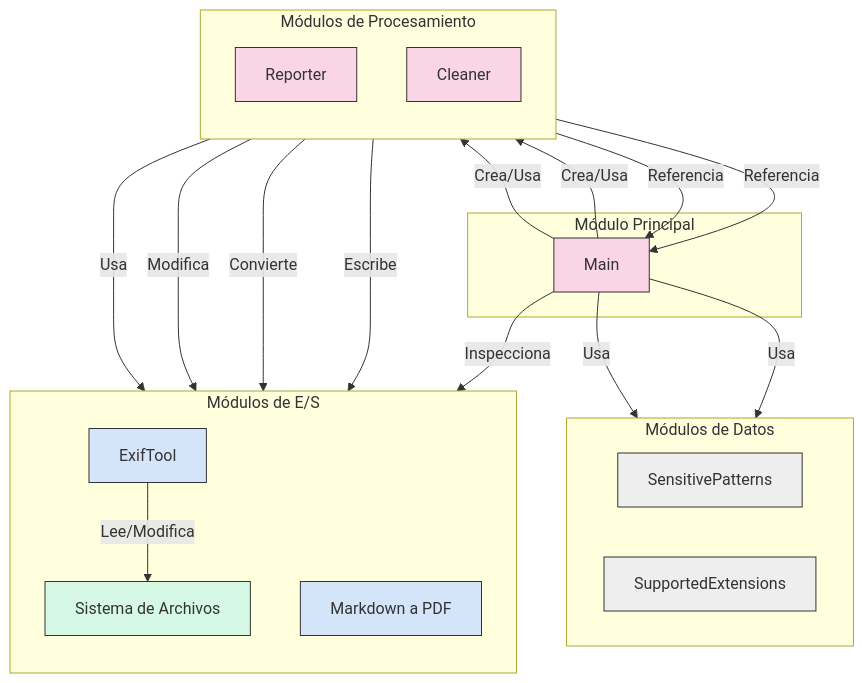
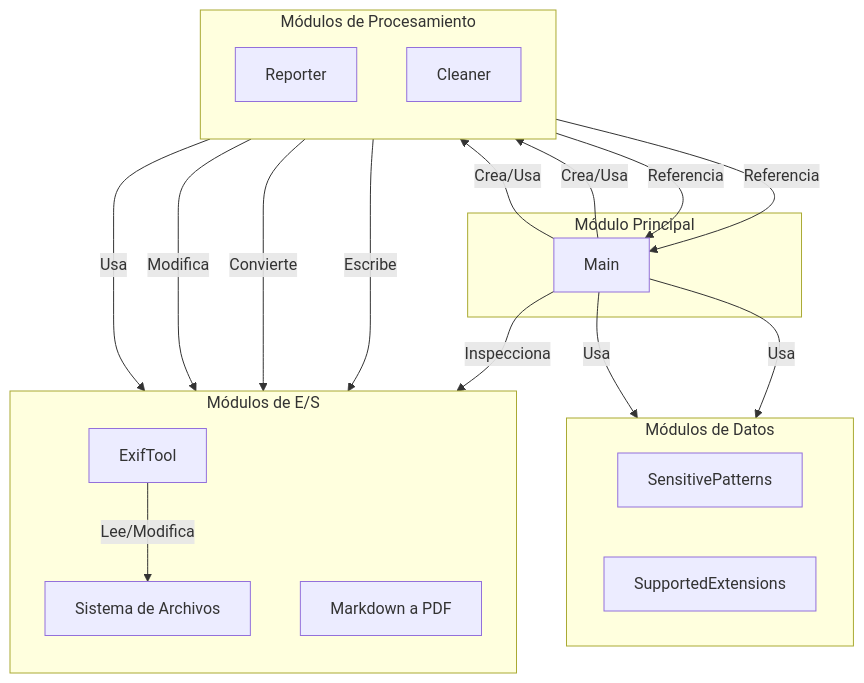
One commit to limogin/metainfo changed the diagram in docs/arquitectura_modular.md. Above: the diagram before and after it, drawn with Mermaid. The commit also changed 1 other file, not shown here.

Commit message:
doc: updated arquitectura_modular and digrama_classes

````diff
--- a/docs/arquitectura_modular.md
+++ b/docs/arquitectura_modular.md
@@ -7,53 +7,48 @@
 ```mermaid
 graph TB
-    %% Definición de estilos
-    classDef core fill:#f9d5e5,stroke:#333,stroke-width:1px;
-    classDef utilities fill:#eeeeee,stroke:#333,stroke-width:1px;
-    classDef io fill:#d5f9e5,stroke:#333,stroke-width:1px;
-    classDef external fill:#d5e5f9,stroke:#333,stroke-width:1px;
-
+    
     %% Módulo principal
     subgraph CoreModule["Módulo Principal"]
         Main["Main"]:::core
     end
 
     %% Módulos de procesamiento
     subgraph ProcessingModules["Módulos de Procesamiento"]
         direction TB
         Reporter["Reporter"]:::core
         Cleaner["Cleaner"]:::core
     end
 
     %% Módulos de datos
     subgraph DataModules["Módulos de Datos"]
         direction LR
         SensitivePatterns["SensitivePatterns"]:::utilities
         SupportedExtensions["SupportedExtensions"]:::utilities
     end
 
     %% Módulos de entrada/salida
     subgraph IOModules["Módulos de E/S"]
         direction TB
         FileSystem["Sistema de Archivos"]:::io
         ExifTool["ExifTool"]:::external
         MarkdownPDF["Markdown a PDF"]:::external
     end
 
     %% Conexiones entre módulos
     Main -->|"Crea/Usa"| Reporter
     Main -->|"Crea/Usa"| Cleaner
     Main -->|"Usa"| SensitivePatterns
     Main -->|"Usa"| SupportedExtensions
     Main -->|"Inspecciona"| ExifTool
     
     Reporter -->|"Referencia"| Main
     Reporter -->|"Escribe"| FileSystem
     Reporter -->|"Convierte"| MarkdownPDF
     
     Cleaner -->|"Referencia"| Main
     Cleaner -->|"Modifica"| FileSystem
     Cleaner -->|"Usa"| ExifTool
     
     %% Enlace con dependencias externas
     ExifTool -->|"Lee/Modifica"| FileSystem
 ```
````
